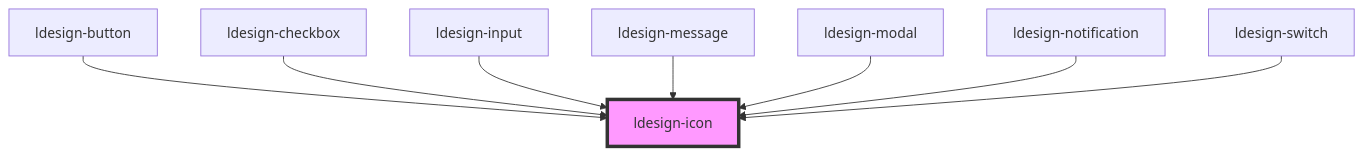
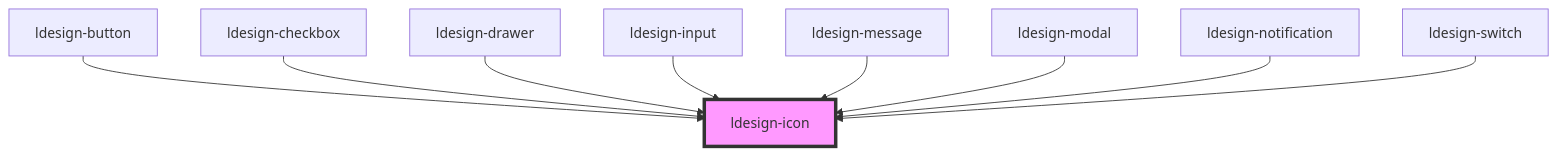
One commit to poly1603/ldesign changed the diagram in packages/webcomponent/src/components/icon/readme.md. Above: the diagram before and after it, drawn with Mermaid. The commit also changed other lines of this file and 8 other files, not shown here.

````diff
--- a/packages/webcomponent/src/components/icon/readme.md
+++ b/packages/webcomponent/src/components/icon/readme.md
@@ -37,11 +38,12 @@
 ```mermaid
 graph TD;
   ldesign-button --> ldesign-icon
   ldesign-checkbox --> ldesign-icon
+  ldesign-drawer --> ldesign-icon
   ldesign-input --> ldesign-icon
   ldesign-message --> ldesign-icon
   ldesign-modal --> ldesign-icon
   ldesign-notification --> ldesign-icon
   ldesign-switch --> ldesign-icon
   style ldesign-icon fill:#f9f,stroke:#333,stroke-width:4px
 ```
````
